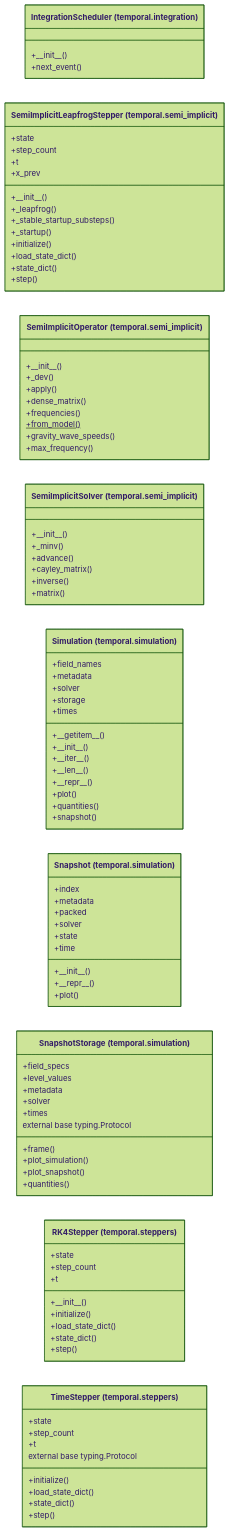
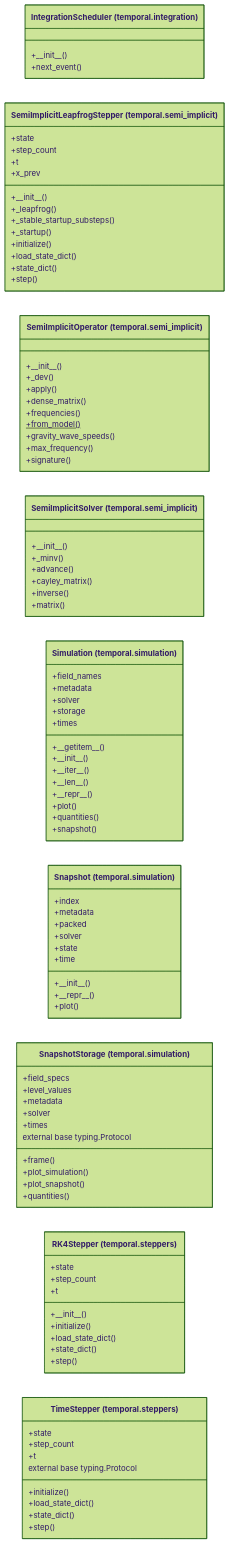
One commit to AlexandreEros/Palintropos changed the diagram in docs/architecture/current/classes/tropoi.temporal.mmd. Above: the diagram before and after it, drawn with Mermaid (forest theme). The commit also changed 5 other files, not shown here.

First line of the commit message:
docs(architecture): refresh generated snapshot for SemiImplicitOperator.signature

```diff
--- a/docs/architecture/current/classes/tropoi.temporal.mmd
+++ b/docs/architecture/current/classes/tropoi.temporal.mmd
@@ -1,89 +1,90 @@
 %% Generated by tools.architecture 1.0.0. Do not edit by hand.
 %% All classes defined in package tropoi.temporal.
 classDiagram
     direction LR
     class c_tropoi_otemporal_ointegration_oIntegrationScheduler["IntegrationScheduler (temporal.integration)"]
     c_tropoi_otemporal_ointegration_oIntegrationScheduler : +#95;#95;init#95;#95;()
     c_tropoi_otemporal_ointegration_oIntegrationScheduler : +next#95;event()
     class c_tropoi_otemporal_osemi__implicit_oSemiImplicitLeapfrogStepper["SemiImplicitLeapfrogStepper (temporal.semi_implicit)"]
     c_tropoi_otemporal_osemi__implicit_oSemiImplicitLeapfrogStepper : +#95;#95;init#95;#95;()
     c_tropoi_otemporal_osemi__implicit_oSemiImplicitLeapfrogStepper : +#95;leapfrog()
     c_tropoi_otemporal_osemi__implicit_oSemiImplicitLeapfrogStepper : +#95;stable#95;startup#95;substeps()
     c_tropoi_otemporal_osemi__implicit_oSemiImplicitLeapfrogStepper : +#95;startup()
     c_tropoi_otemporal_osemi__implicit_oSemiImplicitLeapfrogStepper : +initialize()
     c_tropoi_otemporal_osemi__implicit_oSemiImplicitLeapfrogStepper : +load#95;state#95;dict()
     c_tropoi_otemporal_osemi__implicit_oSemiImplicitLeapfrogStepper : +state
     c_tropoi_otemporal_osemi__implicit_oSemiImplicitLeapfrogStepper : +state#95;dict()
     c_tropoi_otemporal_osemi__implicit_oSemiImplicitLeapfrogStepper : +step()
     c_tropoi_otemporal_osemi__implicit_oSemiImplicitLeapfrogStepper : +step#95;count
     c_tropoi_otemporal_osemi__implicit_oSemiImplicitLeapfrogStepper : +t
     c_tropoi_otemporal_osemi__implicit_oSemiImplicitLeapfrogStepper : +x#95;prev
     class c_tropoi_otemporal_osemi__implicit_oSemiImplicitOperator["SemiImplicitOperator (temporal.semi_implicit)"]
     c_tropoi_otemporal_osemi__implicit_oSemiImplicitOperator : +#95;#95;init#95;#95;()
     c_tropoi_otemporal_osemi__implicit_oSemiImplicitOperator : +#95;dev()
     c_tropoi_otemporal_osemi__implicit_oSemiImplicitOperator : +apply()
     c_tropoi_otemporal_osemi__implicit_oSemiImplicitOperator : +dense#95;matrix()
     c_tropoi_otemporal_osemi__implicit_oSemiImplicitOperator : +frequencies()
     c_tropoi_otemporal_osemi__implicit_oSemiImplicitOperator : +from#95;model()$
     c_tropoi_otemporal_osemi__implicit_oSemiImplicitOperator : +gravity#95;wave#95;speeds()
     c_tropoi_otemporal_osemi__implicit_oSemiImplicitOperator : +max#95;frequency()
+    c_tropoi_otemporal_osemi__implicit_oSemiImplicitOperator : +signature()
     class c_tropoi_otemporal_osemi__implicit_oSemiImplicitSolver["SemiImplicitSolver (temporal.semi_implicit)"]
     c_tropoi_otemporal_osemi__implicit_oSemiImplicitSolver : +#95;#95;init#95;#95;()
     c_tropoi_otemporal_osemi__implicit_oSemiImplicitSolver : +#95;minv()
     c_tropoi_otemporal_osemi__implicit_oSemiImplicitSolver : +advance()
     c_tropoi_otemporal_osemi__implicit_oSemiImplicitSolver : +cayley#95;matrix()
     c_tropoi_otemporal_osemi__implicit_oSemiImplicitSolver : +inverse()
     c_tropoi_otemporal_osemi__implicit_oSemiImplicitSolver : +matrix()
     class c_tropoi_otemporal_osimulation_oSimulation["Simulation (temporal.simulation)"]
     c_tropoi_otemporal_osimulation_oSimulation : +#95;#95;getitem#95;#95;()
     c_tropoi_otemporal_osimulation_oSimulation : +#95;#95;init#95;#95;()
     c_tropoi_otemporal_osimulation_oSimulation : +#95;#95;iter#95;#95;()
     c_tropoi_otemporal_osimulation_oSimulation : +#95;#95;len#95;#95;()
     c_tropoi_otemporal_osimulation_oSimulation : +#95;#95;repr#95;#95;()
     c_tropoi_otemporal_osimulation_oSimulation : +field#95;names
     c_tropoi_otemporal_osimulation_oSimulation : +metadata
     c_tropoi_otemporal_osimulation_oSimulation : +plot()
     c_tropoi_otemporal_osimulation_oSimulation : +quantities()
     c_tropoi_otemporal_osimulation_oSimulation : +snapshot()
     c_tropoi_otemporal_osimulation_oSimulation : +solver
     c_tropoi_otemporal_osimulation_oSimulation : +storage
     c_tropoi_otemporal_osimulation_oSimulation : +times
     class c_tropoi_otemporal_osimulation_oSnapshot["Snapshot (temporal.simulation)"]
     c_tropoi_otemporal_osimulation_oSnapshot : +#95;#95;init#95;#95;()
     c_tropoi_otemporal_osimulation_oSnapshot : +#95;#95;repr#95;#95;()
     c_tropoi_otemporal_osimulation_oSnapshot : +index
     c_tropoi_otemporal_osimulation_oSnapshot : +metadata
     c_tropoi_otemporal_osimulation_oSnapshot : +packed
     c_tropoi_otemporal_osimulation_oSnapshot : +plot()
     c_tropoi_otemporal_osimulation_oSnapshot : +solver
     c_tropoi_otemporal_osimulation_oSnapshot : +state
     c_tropoi_otemporal_osimulation_oSnapshot : +time
     class c_tropoi_otemporal_osimulation_oSnapshotStorage["SnapshotStorage (temporal.simulation)"]
     c_tropoi_otemporal_osimulation_oSnapshotStorage : +field#95;specs
     c_tropoi_otemporal_osimulation_oSnapshotStorage : +frame()
     c_tropoi_otemporal_osimulation_oSnapshotStorage : +level#95;values
     c_tropoi_otemporal_osimulation_oSnapshotStorage : +metadata
     c_tropoi_otemporal_osimulation_oSnapshotStorage : +plot#95;simulation()
     c_tropoi_otemporal_osimulation_oSnapshotStorage : +plot#95;snapshot()
     c_tropoi_otemporal_osimulation_oSnapshotStorage : +quantities()
     c_tropoi_otemporal_osimulation_oSnapshotStorage : +solver
     c_tropoi_otemporal_osimulation_oSnapshotStorage : +times
     c_tropoi_otemporal_osimulation_oSnapshotStorage : external base typing.Protocol
     class c_tropoi_otemporal_osteppers_oRK4Stepper["RK4Stepper (temporal.steppers)"]
     c_tropoi_otemporal_osteppers_oRK4Stepper : +#95;#95;init#95;#95;()
     c_tropoi_otemporal_osteppers_oRK4Stepper : +initialize()
     c_tropoi_otemporal_osteppers_oRK4Stepper : +load#95;state#95;dict()
     c_tropoi_otemporal_osteppers_oRK4Stepper : +state
     c_tropoi_otemporal_osteppers_oRK4Stepper : +state#95;dict()
     c_tropoi_otemporal_osteppers_oRK4Stepper : +step()
     c_tropoi_otemporal_osteppers_oRK4Stepper : +step#95;count
     c_tropoi_otemporal_osteppers_oRK4Stepper : +t
     class c_tropoi_otemporal_osteppers_oTimeStepper["TimeStepper (temporal.steppers)"]
     c_tropoi_otemporal_osteppers_oTimeStepper : +initialize()
     c_tropoi_otemporal_osteppers_oTimeStepper : +load#95;state#95;dict()
     c_tropoi_otemporal_osteppers_oTimeStepper : +state
     c_tropoi_otemporal_osteppers_oTimeStepper : +state#95;dict()
     c_tropoi_otemporal_osteppers_oTimeStepper : +step()
     c_tropoi_otemporal_osteppers_oTimeStepper : +step#95;count
     c_tropoi_otemporal_osteppers_oTimeStepper : +t
     c_tropoi_otemporal_osteppers_oTimeStepper : external base typing.Protocol
```
